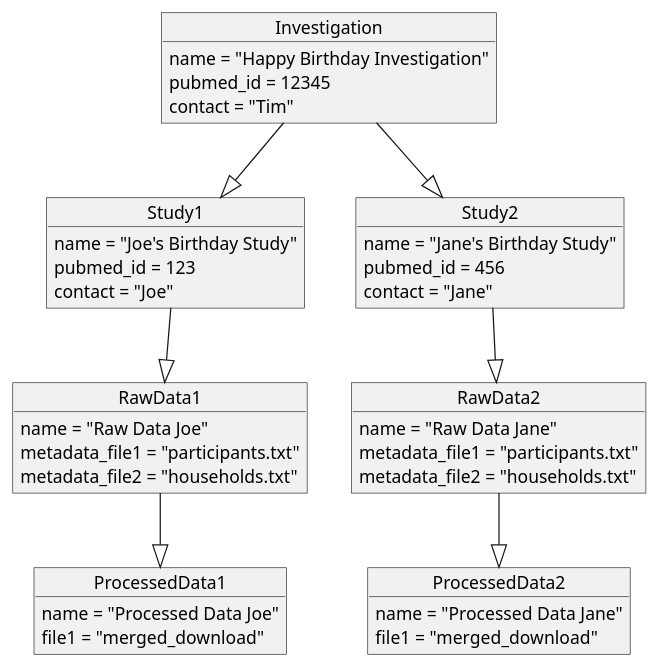
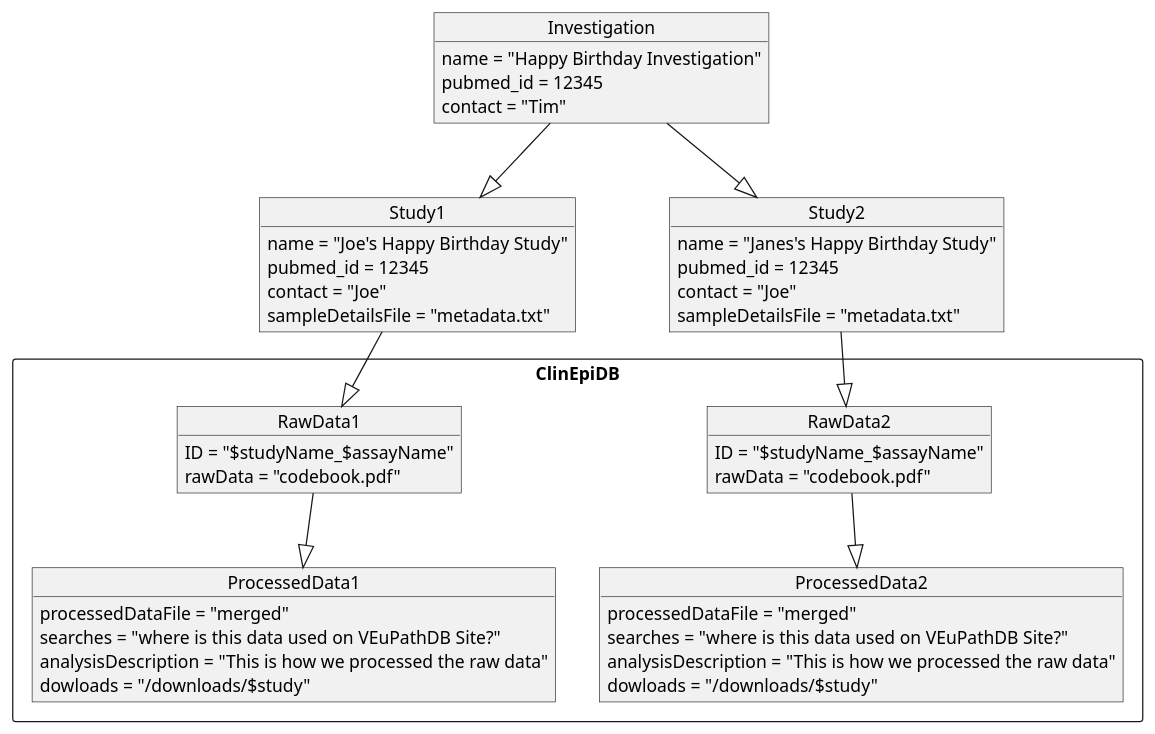
Before and after one commit to jbrestel/org-docs: the fifth of 9 diagrams in project_planning/projectPages.org, drawn with PlantUML. The commit also changed other lines of this file and 7 other files, not shown here.

```diff
--- a/project_planning/projectPages.org
+++ b/project_planning/projectPages.org
@@ -158,45 +176,62 @@
 #+begin_src plantuml :file images/clinepi_investigation_uml.png :exports both
   object Investigation {
           name = "Happy Birthday Investigation"
           pubmed_id = 12345
               contact = "Tim"
   }
 
-  object Study1 {
-          name = "Joe's Birthday Study"
-          pubmed_id = 123
-              contact = "Joe"
-  }
-  object Study2 {
-          name = "Jane's Birthday Study"
-          pubmed_id = 456
-              contact = "Jane"
-  }
 
-  object RawData1 {
-          name = "Raw Data Joe"
-          metadata_file1 = "participants.txt"
-          metadata_file2 = "households.txt"
-  }
-  object ProcessedData1 {
-          name = "Processed Data Joe"
-          file1 = "merged_download"
-  }
+object Study1 {
+        name = "Joe's Happy Birthday Study"
+        pubmed_id = 12345
+        contact = "Joe"
+        sampleDetailsFile = "metadata.txt"
+}
+object Study2 {
+        name = "Janes's Happy Birthday Study"
+        pubmed_id = 12345
+        contact = "Joe"
+        sampleDetailsFile = "metadata.txt"
+}
 
-  object RawData2 {
-          name = "Raw Data Jane"
-          metadata_file1 = "participants.txt"
-          metadata_file2 = "households.txt"
-  }
-  object ProcessedData2 {
-          name = "Processed Data Jane"
-          file1 = "merged_download"
-  }
+
+    rectangle ClinEpiDB {
+        object RawData1 {
+                ID = "$studyName_$assayName"
+''                assayName = "RNASeq" 'Could also call Category??'
+''                assayID = "RNASeqXXXX"
+                rawData = "codebook.pdf"
+        }
+        object ProcessedData1 {
+''                injector = "ClinEpi.java"
+                processedDataFile = "merged"
+                searches = "where is this data used on VEuPathDB Site?"
+                analysisDescription = "This is how we processed the raw data"
+                dowloads = "/downloads/$study"
+        }
+
+
+
+        object RawData2 {
+                ID = "$studyName_$assayName"
+''                assayName = "RNASeq" 'Could also call Category??'
+''                assayID = "RNASeqXXXX"
+                rawData = "codebook.pdf"
+        }
+        object ProcessedData2 {
+''                injector = "ClinEpi.java"
+                processedDataFile = "merged"
+                searches = "where is this data used on VEuPathDB Site?"
+                analysisDescription = "This is how we processed the raw data"
+                dowloads = "/downloads/$study"
+        }
+
+}
 
   Investigation --|> Study1
   Investigation --|> Study2
-  Study1 --|> RawData1
-  RawData1 --|> ProcessedData1
-  Study2 --|> RawData2
-  RawData2 --|> ProcessedData2
+Study1 --|> RawData1
+Study2 --|> RawData2
+RawData1 --|> ProcessedData1
+RawData2 --|> ProcessedData2
   #+end_src
```
